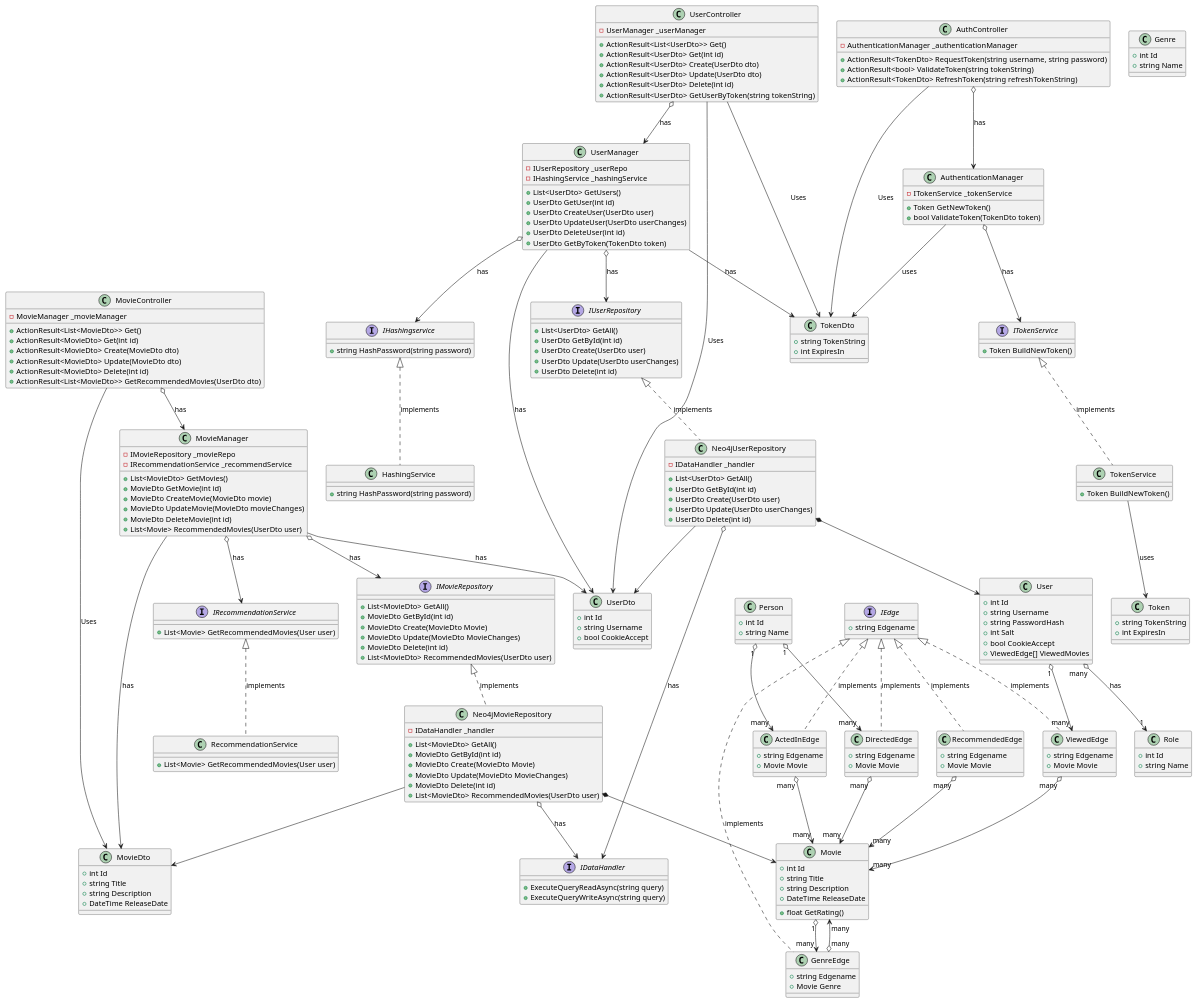
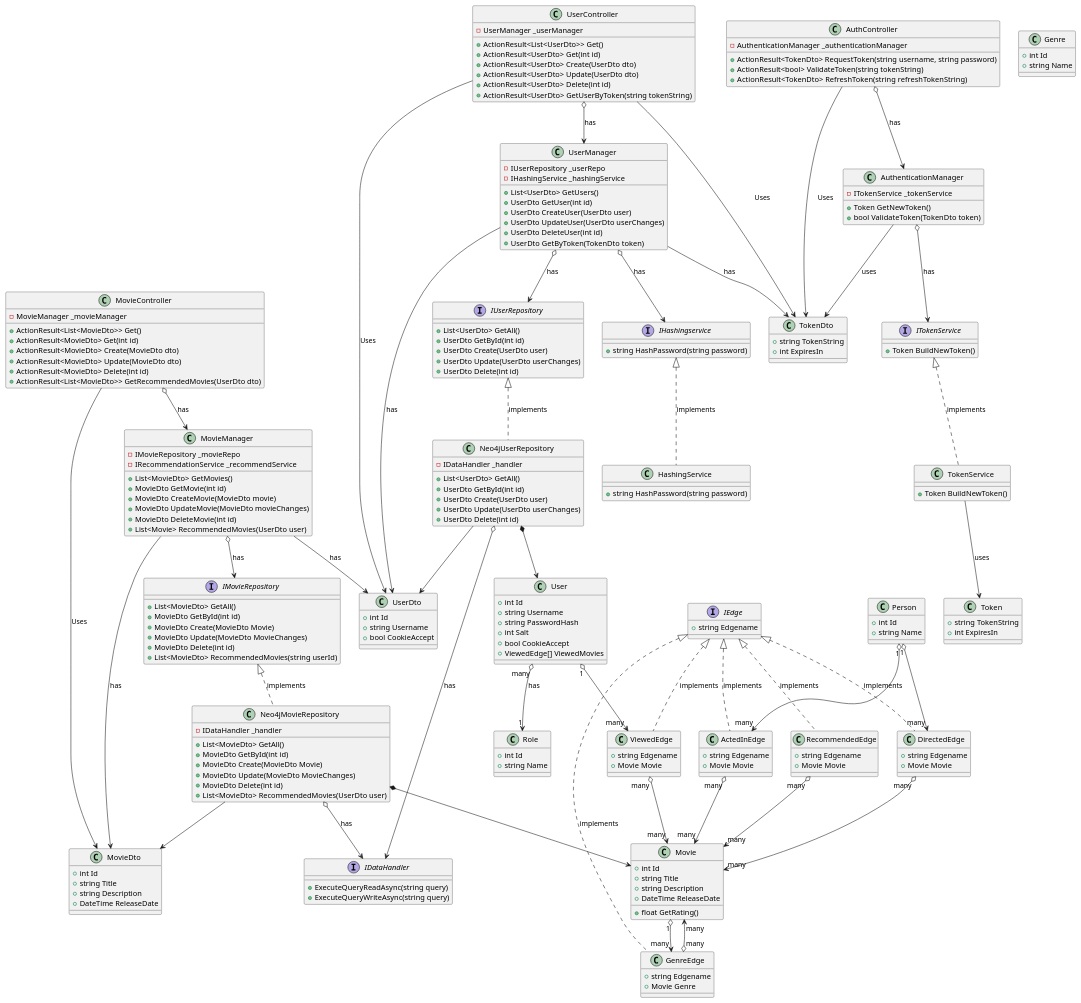
The diagram in Diagrams/class.puml (HovaUseles/GraphFlix), drawn with PlantUML before and after one commit. The commit also changed 16 other files, not shown here.

```diff
--- a/Diagrams/class.puml
+++ b/Diagrams/class.puml
@@ -77,7 +77,6 @@
 }
 MovieManager --> MovieDto : has
 MovieManager --> UserDto : has
-MovieManager o--> IRecommendationService : has
 MovieManager o--> IMovieRepository : has
 
 class AuthenticationManager {
@@ -96,15 +95,6 @@
     +string HashPassword(string password)
 }
 IHashingService <|.. HashingService : implements
-
-interface "IRecommendationService" as IRecommendationService {
-    +List<Movie> GetRecommendedMovies(User user)
-}
-
-class RecommendationService {
-    +List<Movie> GetRecommendedMovies(User user)
-}
-IRecommendationService <|.. RecommendationService : implements
 
 interface "ITokenService" as ITokenService {
     +Token BuildNewToken()
@@ -223,7 +213,7 @@
     +MovieDto Create(MovieDto Movie)
     +MovieDto Update(MovieDto MovieChanges)
     +MovieDto Delete(int id)
-    +List<MovieDto> RecommendedMovies(UserDto user)
+    +List<MovieDto> RecommendedMovies(string userId)
 }
 
 class Neo4jMovieRepository {
```
